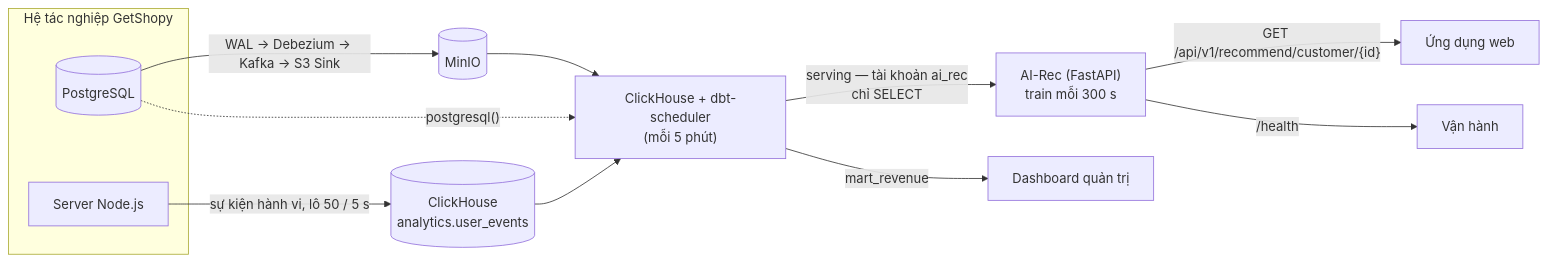
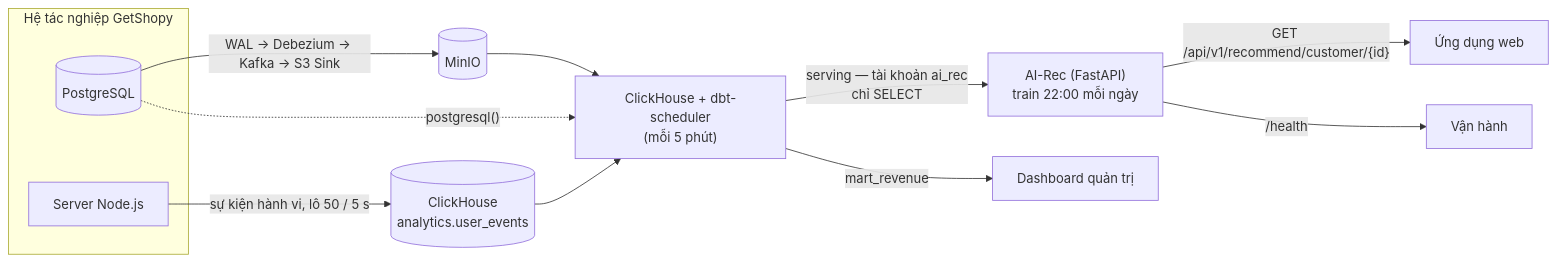
The seventh of 8 diagrams in docs/08-BAO-CAO-KHAI-PHA-DU-LIEU.md (LeVanTrieuAn/ktln-Getshopy), drawn with Mermaid before and after one commit. The commit also changed other lines of this file and 9 other files, not shown here.

First line of the commit message:
feat(ai-rec): train lại mỗi ngày lúc 22:00 thay cho mỗi 5 phút

````diff
--- a/docs/08-BAO-CAO-KHAI-PHA-DU-LIEU.md
+++ b/docs/08-BAO-CAO-KHAI-PHA-DU-LIEU.md
@@ -1715,16 +1715,16 @@
 ```mermaid
 flowchart LR
     subgraph SRC["Hệ tác nghiệp GetShopy"]
         PG[(PostgreSQL)]
         SV[Server Node.js]
     end
     PG -- "WAL → Debezium → Kafka → S3 Sink" --> LAKE[("MinIO")]
     SV -- "sự kiện hành vi, lô 50 / 5 s" --> UE[("ClickHouse<br/>analytics.user_events")]
     LAKE --> CH["ClickHouse + dbt-scheduler<br/>(mỗi 5 phút)"]
     UE --> CH
     PG -. "postgresql()" .-> CH
-    CH -- "serving — tài khoản ai_rec<br/>chỉ SELECT" --> AI["AI-Rec (FastAPI)<br/>train mỗi 300 s"]
+    CH -- "serving — tài khoản ai_rec<br/>chỉ SELECT" --> AI["AI-Rec (FastAPI)<br/>train 22:00 mỗi ngày"]
     AI -- "GET /api/v1/recommend/customer/{id}" --> APP[Ứng dụng web]
     CH -- "mart_revenue" --> DASH[Dashboard quản trị]
     AI -- "/health" --> OPS[Vận hành]
 ```
````
